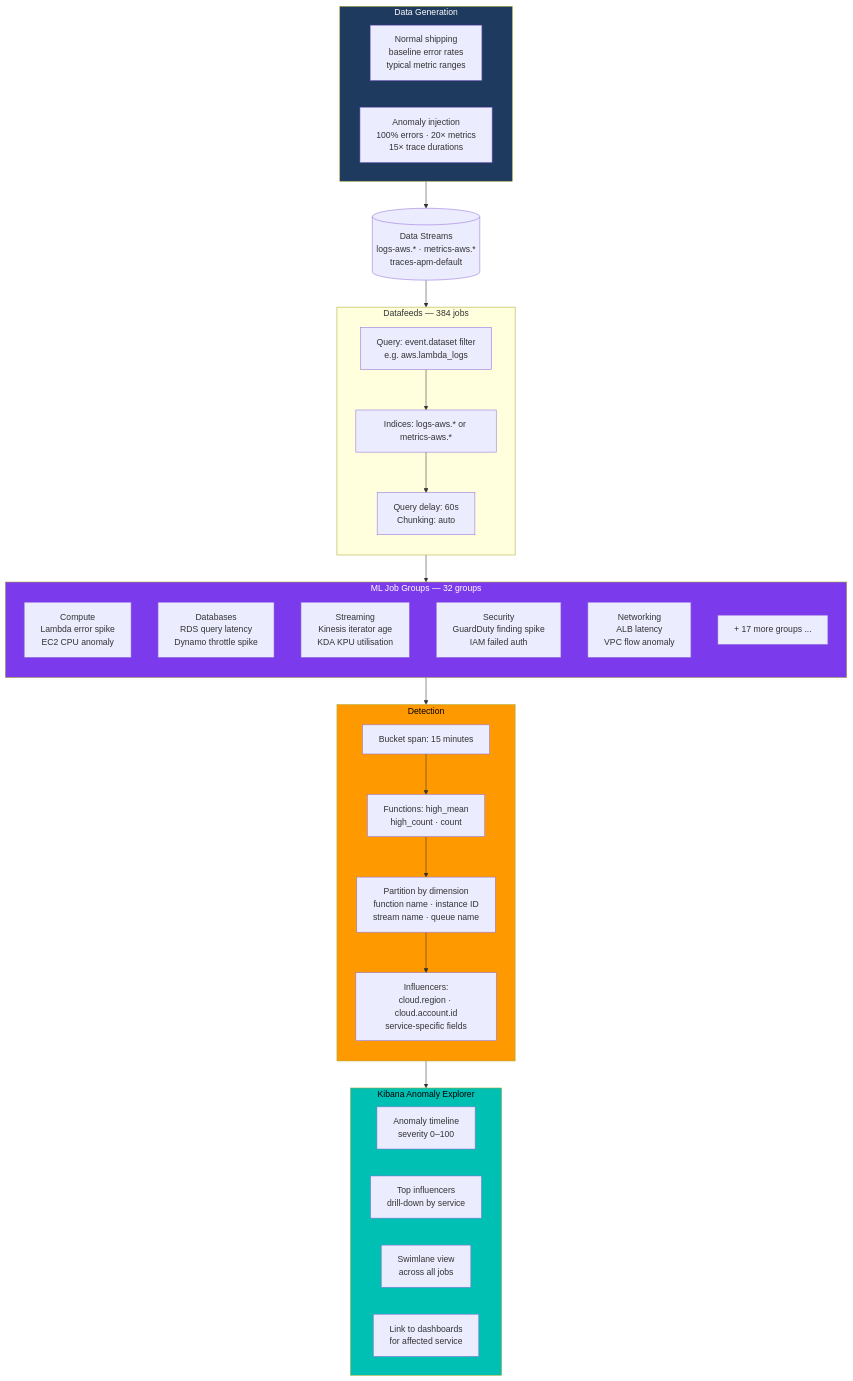
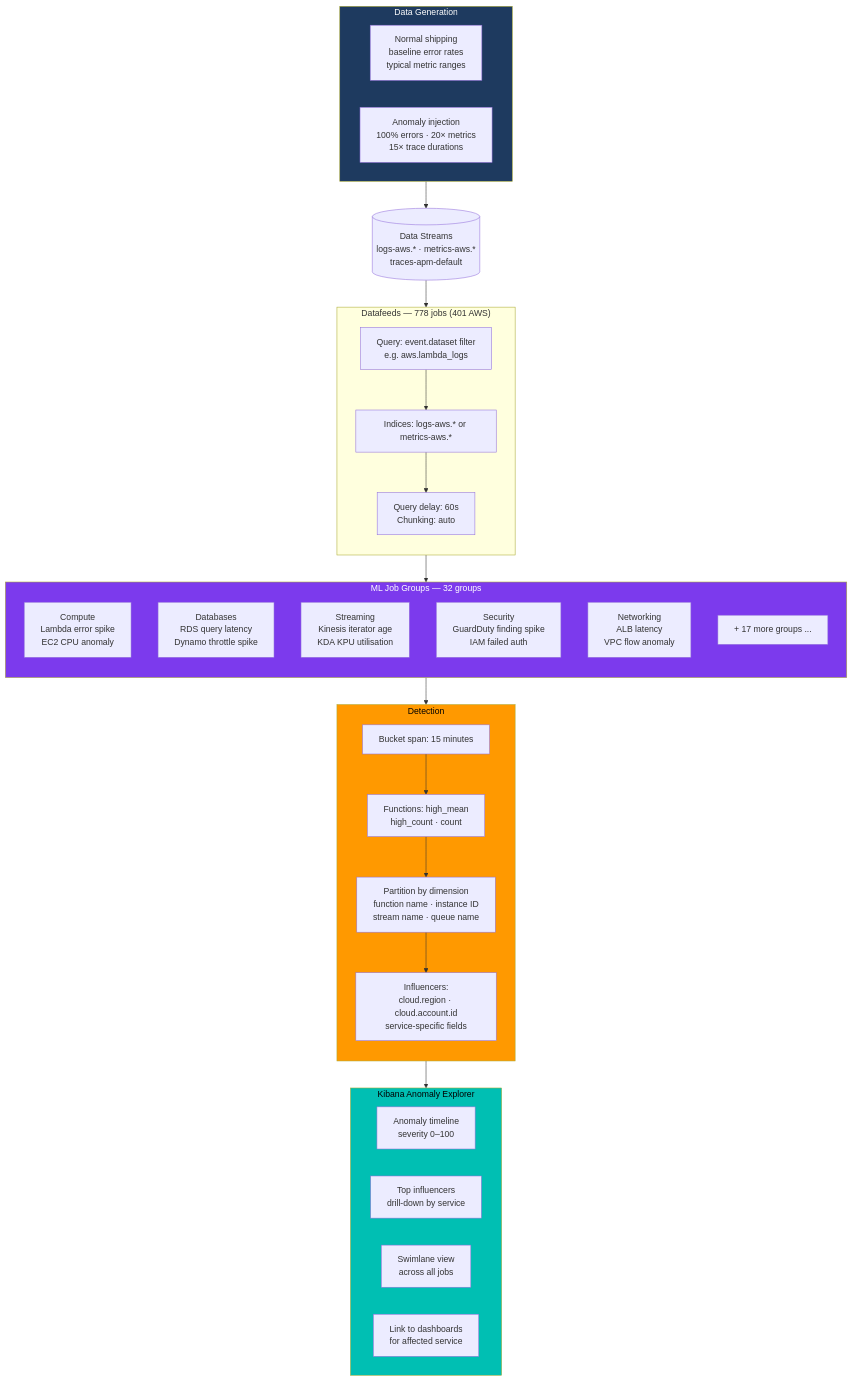
Before and after one commit to rkernutt/cloud-to-elastic-load-generator: diagram 12 of 14 in docs/diagrams.md, drawn with Mermaid. The commit also changed other lines of this file and 1475 other files, not shown here.

````diff
--- a/docs/diagrams.md
+++ b/docs/diagrams.md
@@ -672,58 +667,58 @@
 ```mermaid
 flowchart TD
     subgraph GEN["Data Generation"]
         direction LR
         NORMAL["Normal shipping\nbaseline error rates\ntypical metric ranges"]
         SPIKE["Anomaly injection\n100% errors · 20× metrics\n15× trace durations"]
     end
 
     GEN --> DS[("Data Streams\nlogs-aws.* · metrics-aws.*\ntraces-apm-default")]
 
     DS --> FEED
 
-    subgraph FEED["Datafeeds — 384 jobs"]
+    subgraph FEED["Datafeeds — 778 jobs (401 AWS)"]
         direction TB
         F1["Query: event.dataset filter\ne.g. aws.lambda_logs"]
         F2["Indices: logs-aws.* or metrics-aws.*"]
         F3["Query delay: 60s\nChunking: auto"]
         F1 --> F2 --> F3
     end
 
     FEED --> JOBS
 
     subgraph JOBS["ML Job Groups — 32 groups"]
         direction TB
         J1["Compute\nLambda error spike\nEC2 CPU anomaly"]
         J2["Databases\nRDS query latency\nDynamo throttle spike"]
         J3["Streaming\nKinesis iterator age\nKDA KPU utilisation"]
         J4["Security\nGuardDuty finding spike\nIAM failed auth"]
         J5["Networking\nALB latency\nVPC flow anomaly"]
         J6["+ 17 more groups ..."]
     end
 
     JOBS --> DETECT
 
     subgraph DETECT["Detection"]
         direction TB
         DET1["Bucket span: 15 minutes"]
         DET2["Functions: high_mean\nhigh_count · count"]
         DET3["Partition by dimension\nfunction name · instance ID\nstream name · queue name"]
         DET4["Influencers:\ncloud.region · cloud.account.id\nservice-specific fields"]
         DET1 --> DET2 --> DET3 --> DET4
     end
 
     DETECT --> RESULTS
 
     subgraph RESULTS["Kibana Anomaly Explorer"]
         direction LR
         R1["Anomaly timeline\nseverity 0–100"]
         R2["Top influencers\ndrill-down by service"]
         R3["Swimlane view\nacross all jobs"]
         R4["Link to dashboards\nfor affected service"]
     end
 
     style GEN fill:#1e3a5f,color:#fff
     style JOBS fill:#7C3AED,color:#fff
     style DETECT fill:#FF9900,color:#000
     style RESULTS fill:#00BFB3,color:#000
 ```
````
